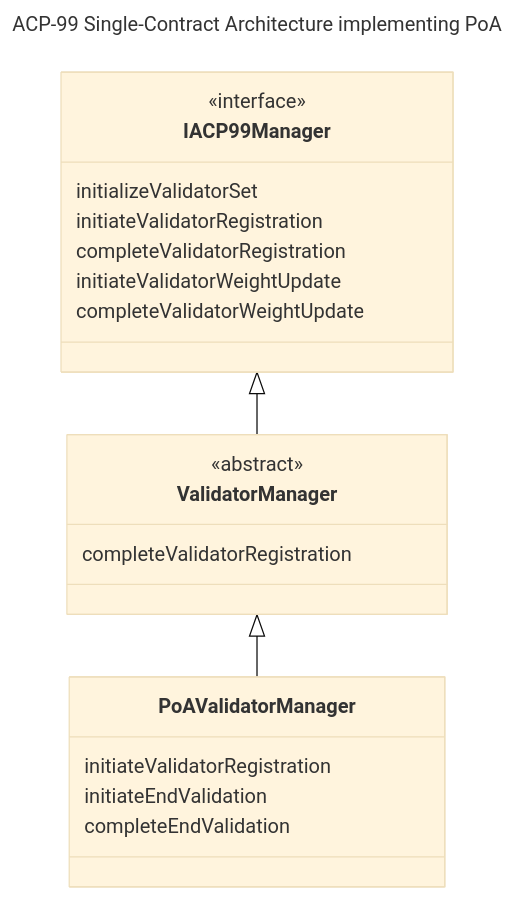
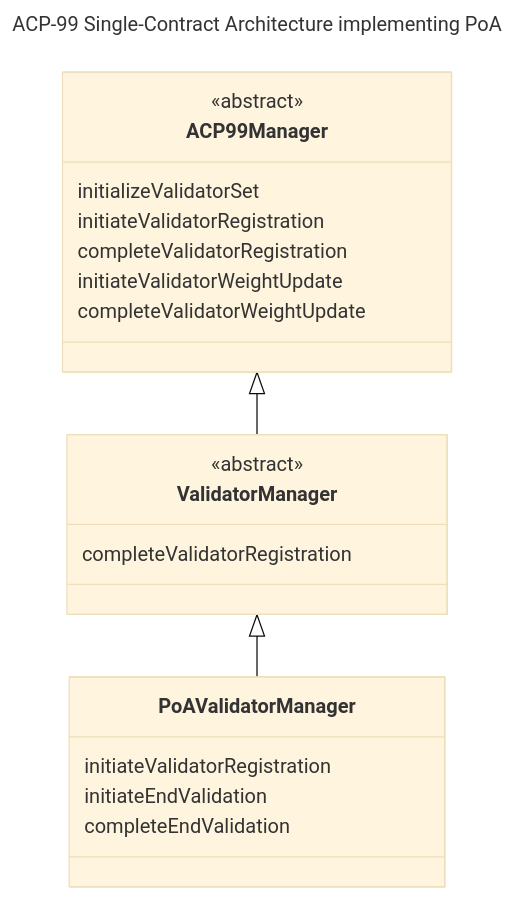
One commit to avalanche-foundation/ACPs changed the second of 2 diagrams in ACPs/99-validatorsetmanager-contract/README.md. Above: the diagram before and after it, drawn with Mermaid (base theme). The commit also changed other lines of this file, not shown here.

````diff
--- a/ACPs/99-validatorsetmanager-contract/README.md
+++ b/ACPs/99-validatorsetmanager-contract/README.md
@@ -266,27 +300,27 @@
 ```mermaid
 ---
 title: ACP-99 Single-Contract Architecture implementing PoA
 ---
   classDiagram
-  class IACP99Manager {
+  class ACP99Manager {
     initializeValidatorSet
     initiateValidatorRegistration
     completeValidatorRegistration
     initiateValidatorWeightUpdate
     completeValidatorWeightUpdate
   }
-  <<interface>> IACP99Manager
+  <<abstract>> ACP99Manager
 
   class ValidatorManager {
     completeValidatorRegistration
   }
   <<abstract>> ValidatorManager
   class PoAValidatorManager {
     initiateValidatorRegistration
     initiateEndValidation
     completeEndValidation
   }
 
-  IACP99Manager <|--ValidatorManager
+  ACP99Manager <|--ValidatorManager
   ValidatorManager <|-- PoAValidatorManager
 ```
````
